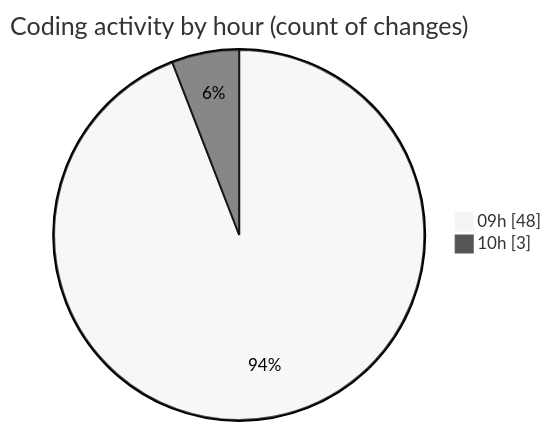
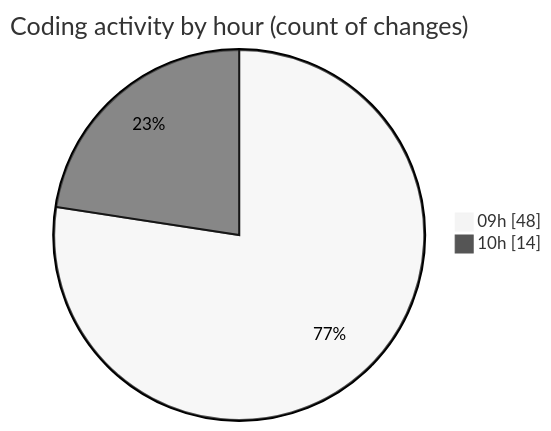
Before and after one commit to momahboobian/code-tracking: the second of 2 diagrams in 2025-03-14/cda/README.md, drawn with Mermaid (neutral theme). The commit also changed other lines of this file and 1 other file, not shown here.

````diff
--- a/2025-03-14/cda/README.md
+++ b/2025-03-14/cda/README.md
@@ -41,6 +45,6 @@
 ```mermaid
 pie showData
 title Coding activity by hour (count of changes)
 "09h" : 48
-"10h" : 3
+"10h" : 14
 ```
````
